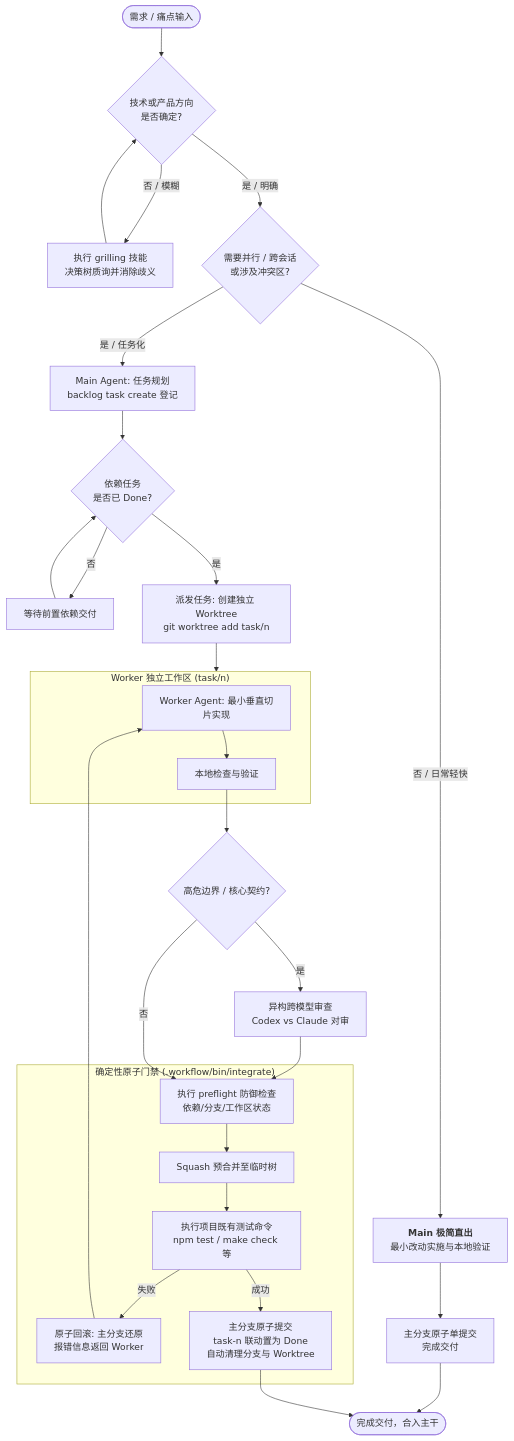
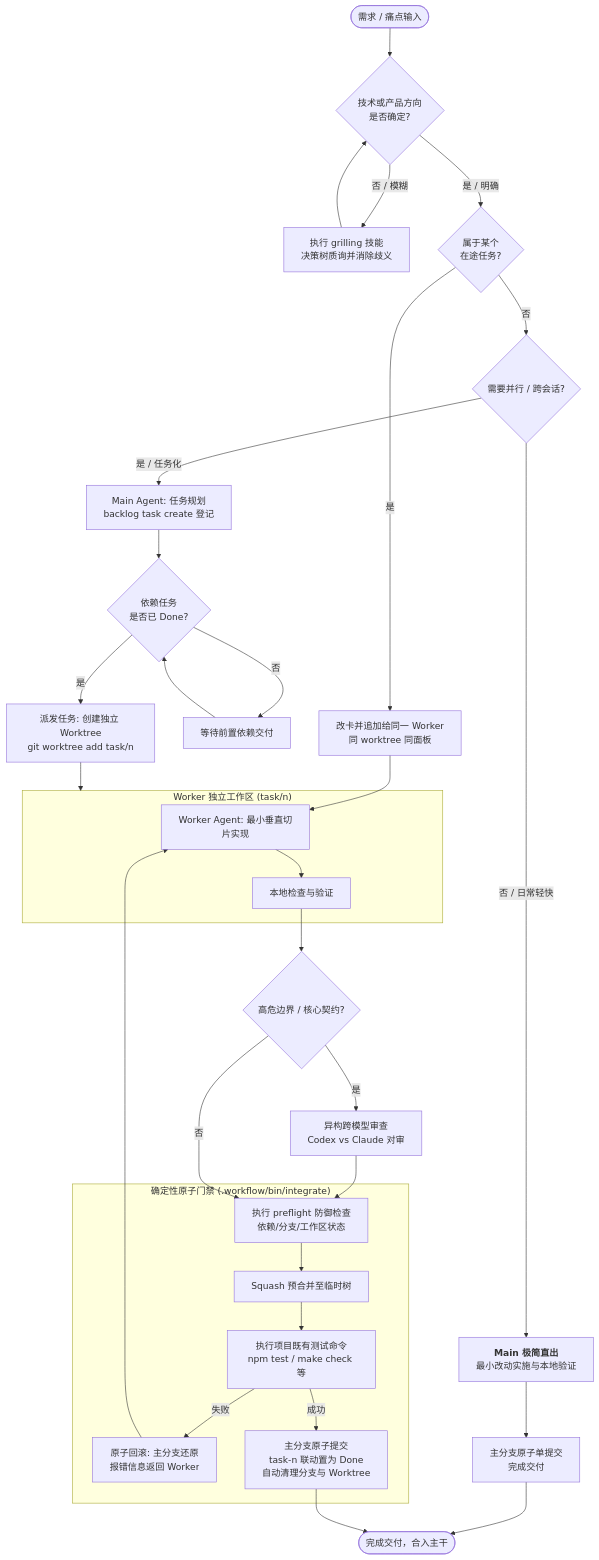
One commit to shiguangwl/Loom-Workflow changed the second of 2 diagrams in README.md. Above: the diagram before and after it, drawn with Mermaid. The commit also changed other lines of this file and 6 other files, not shown here.

````diff
--- a/README.md
+++ b/README.md
@@ -126,44 +126,47 @@
 ```mermaid
 flowchart TD
     Start([需求 / 痛点输入]) --> Clarify{技术或产品方向<br/>是否确定?}
 
     Clarify -- 否 / 模糊 --> Grill["执行 grilling 技能<br/>决策树质询并消除歧义"]
     Grill --> Clarify
 
-    Clarify -- 是 / 明确 --> ScopeCheck{需要并行 / 跨会话<br/>或涉及冲突区?}
+    Clarify -- 是 / 明确 --> InFlight{属于某个<br/>在途任务?}
+    InFlight -- 是 --> Append["改卡并追加给同一 Worker<br/>同 worktree 同面板"]
+    Append --> Worker
+    InFlight -- 否 --> ScopeCheck{需要并行 / 跨会话?}
 
     ScopeCheck -- 否 / 日常轻快 --> DirectMain["<b>Main 极简直出</b><br/>最小改动实施与本地验证"]
     DirectMain --> MainCommit["主分支原子单提交<br/>完成交付"]
     MainCommit --> End([完成交付，合入主干])
 
     ScopeCheck -- 是 / 任务化 --> Plan["Main Agent: 任务规划<br/>backlog task create 登记"]
     Plan --> CheckDep{依赖任务<br/>是否已 Done?}
     CheckDep -- 否 --> Wait["等待前置依赖交付"]
     Wait --> CheckDep
 
     CheckDep -- 是 --> Dispatch["派发任务: 创建独立 Worktree<br/>git worktree add task/n"]
 
     subgraph WorkerExecution ["Worker 独立工作区 (task/n)"]
         Worker["Worker Agent: 最小垂直切片实现"]
         WorkerTest["本地检查与验证"]
         Worker --> WorkerTest
     end
 
     Dispatch --> WorkerExecution
 
     WorkerTest --> ReviewCheck{高危边界 / 核心契约?}
     ReviewCheck -- 是 --> CrossReview["异构跨模型审查<br/>Codex vs Claude 对审"]
     CrossReview --> Gate
     ReviewCheck -- 否 --> Gate
 
     subgraph IntegrateGate ["确定性原子门禁 (.workflow/bin/integrate)"]
         Gate["执行 preflight 防御检查<br/>依赖/分支/工作区状态"]
         Gate --> Squash["Squash 预合并至临时树"]
         Squash --> RunCheck["执行项目既有测试命令<br/>npm test / make check 等"]
         RunCheck -- 失败 --> Rollback["原子回滚: 主分支还原<br/>报错信息返回 Worker"]
         Rollback --> Worker
         RunCheck -- 成功 --> FinalCommit["主分支原子提交<br/>task-n 联动置为 Done<br/>自动清理分支与 Worktree"]
     end
 
     FinalCommit --> End
 ```
````
